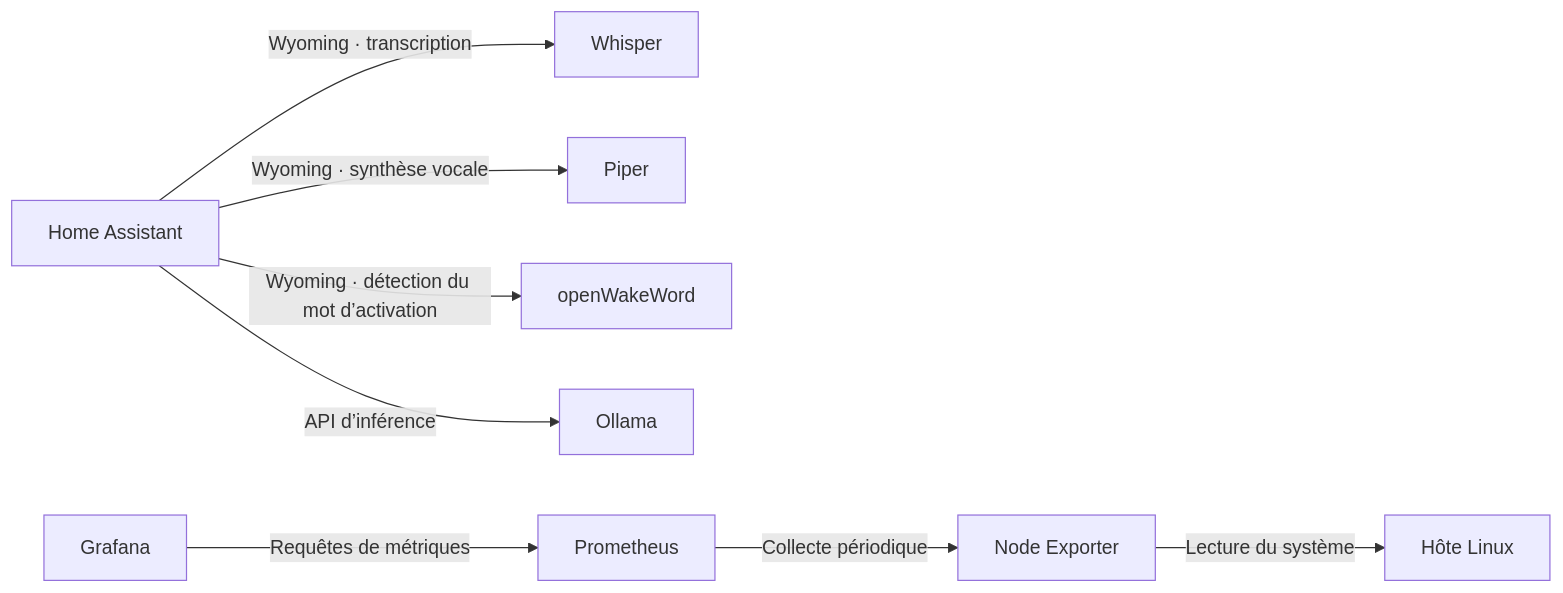
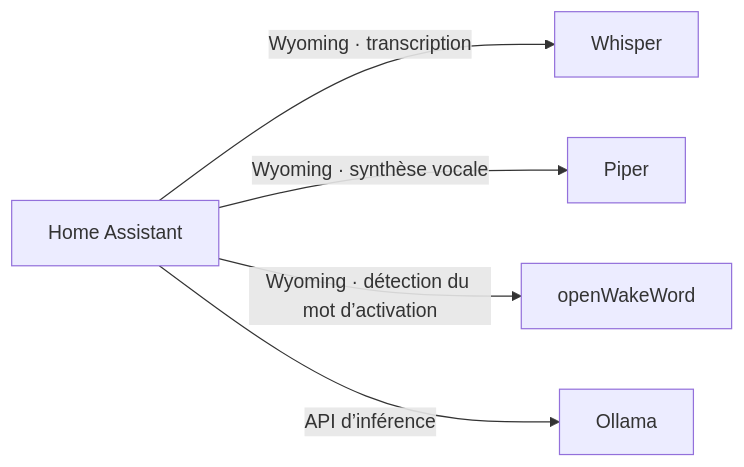
The second of 2 diagrams in doc/topologie-logique.md (LaoTseu0/homelab), drawn with Mermaid before and after one commit. The commit also changed 43 other files, not shown here.

````diff
--- a/doc/topologie-logique.md
+++ b/doc/topologie-logique.md
@@ -42,12 +42,8 @@
 ```mermaid
 flowchart LR
     ha["Home Assistant"]
     ha -->|"Wyoming · transcription"| whisper["Whisper"]
     ha -->|"Wyoming · synthèse vocale"| piper["Piper"]
     ha -->|"Wyoming · détection du mot d’activation"| wake["openWakeWord"]
     ha -->|"API d’inférence"| ollama["Ollama"]
-
-    grafana["Grafana"] -->|"Requêtes de métriques"| prometheus["Prometheus"]
-    prometheus -->|"Collecte périodique"| exporter["Node Exporter"]
-    exporter -->|"Lecture du système"| host["Hôte Linux"]
 ```
````
